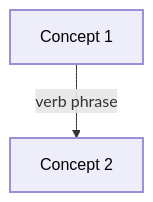
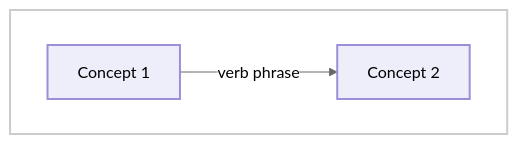
Before and after one commit to jorgearango/llmapper-skill: the second of 5 diagrams in prompts/mermaid.md, drawn with Mermaid. The commit also changed other lines of this file and 4 other files, not shown here.

````diff
--- a/prompts/mermaid.md
+++ b/prompts/mermaid.md
@@ -71,12 +84,17 @@
 ```mermaid
+%%{init: {'theme':'base', 'themeVariables': { 'primaryColor':'#EDEEFA','primaryTextColor':'#000','primaryBorderColor':'#9B8FD9','lineColor':'#666','fontFamily':'Arial','edgeLabelBackground':'#ffffff'}}}%%
 flowchart TD
-    %% Define styles to match original purple box design
-    classDef conceptNode fill:#EDEEFA,stroke:#9B8FD9,stroke-width:2px,color:#000,font-family:Arial
+    %% Define styles to match original purple box design with white background
+    classDef conceptNode fill:#EDEEFA,stroke:#9B8FD9,stroke-width:2px,color:#000
 
-    %% Nodes
-    Node1[Concept 1]:::conceptNode
-    Node2[Concept 2]:::conceptNode
+    subgraph diagram [" "]
+        %% Nodes
+        Node1[Concept 1]:::conceptNode
+        Node2[Concept 2]:::conceptNode
 
-    %% Relationships
-    Node1 -->|verb phrase| Node2
+        %% Relationships
+        Node1 -->|verb phrase| Node2
+    end
+
+    style diagram fill:#ffffff,stroke:#cccccc,stroke-width:2px
 ```
````
